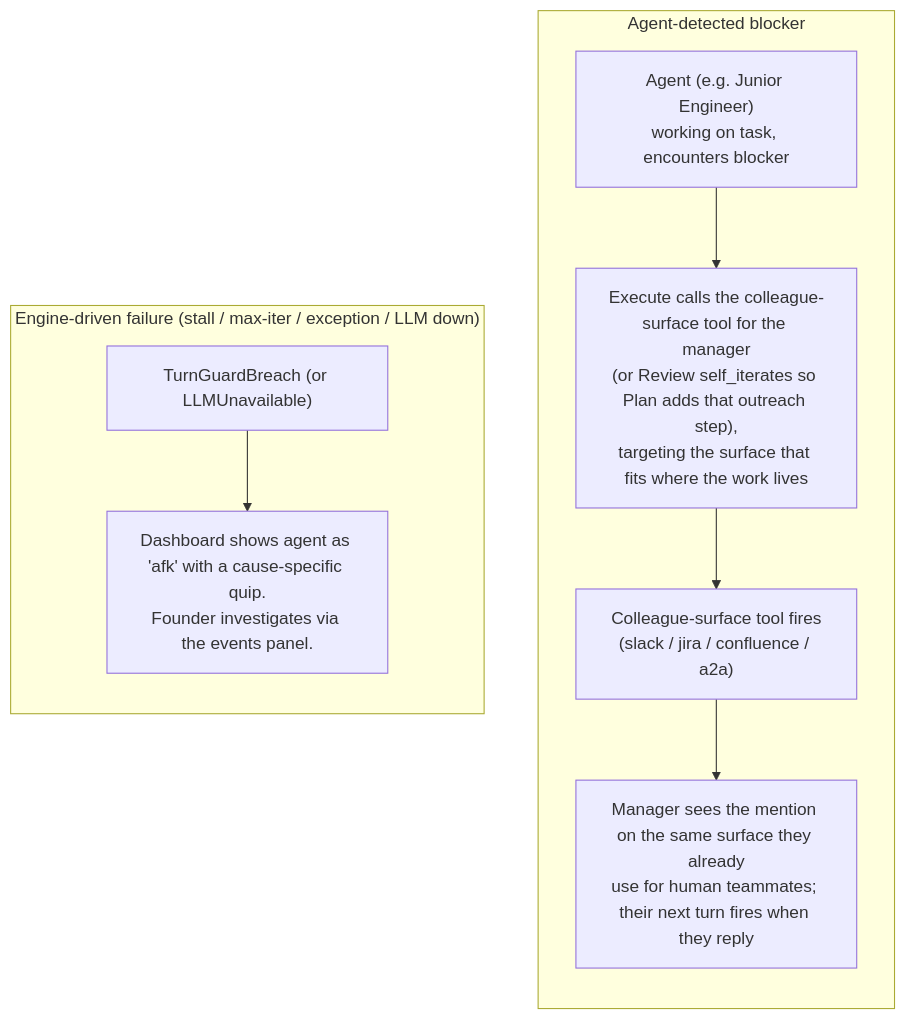
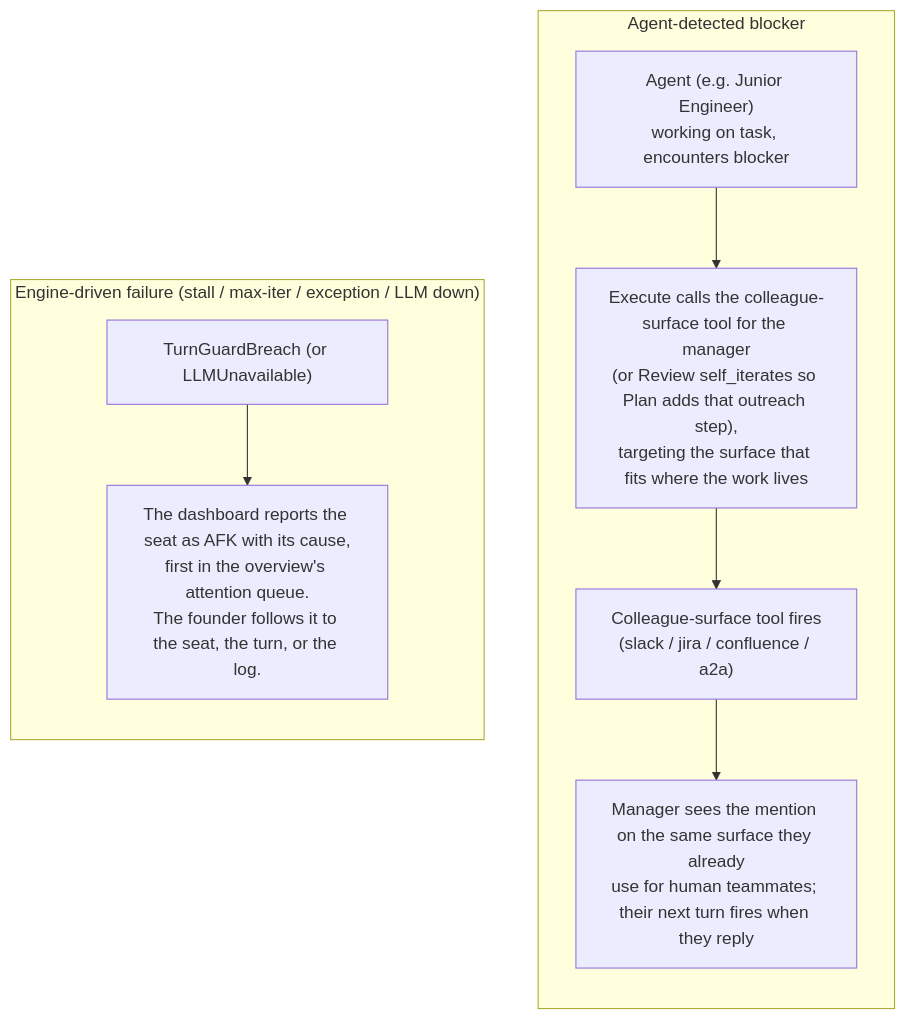
Before and after one commit to crewlet/crewlet: the third of 3 diagrams in docs/concepts/task-engine.md, drawn with Mermaid. The commit also changed 210 other files, not shown here.

````diff
--- a/docs/concepts/task-engine.md
+++ b/docs/concepts/task-engine.md
@@ -83,17 +83,17 @@
 ```mermaid
 flowchart TD
     subgraph blocked["Agent-detected blocker"]
         direction TB
         A["Agent (e.g. Junior Engineer)<br/>working on task, encounters blocker"]
         B["Execute calls the colleague-surface tool for the manager<br/>(or Review self_iterates so Plan adds that outreach step),<br/>targeting the surface that fits where the work lives"]
         C["Colleague-surface tool fires<br/>(slack / jira / confluence / a2a)"]
         D["Manager sees the mention on the same surface they already<br/>use for human teammates; their next turn fires when they reply"]
         A --> B --> C --> D
     end
     subgraph enginefail["Engine-driven failure (stall / max-iter / exception / LLM down)"]
         direction TB
         E["TurnGuardBreach (or LLMUnavailable)"]
-        F["Dashboard shows agent as 'afk' with a cause-specific quip.<br/>Founder investigates via the events panel."]
+        F["The dashboard reports the seat as AFK with its cause,<br/>first in the overview's attention queue.<br/>The founder follows it to the seat, the turn, or the log."]
         E --> F
     end
 ```
````
